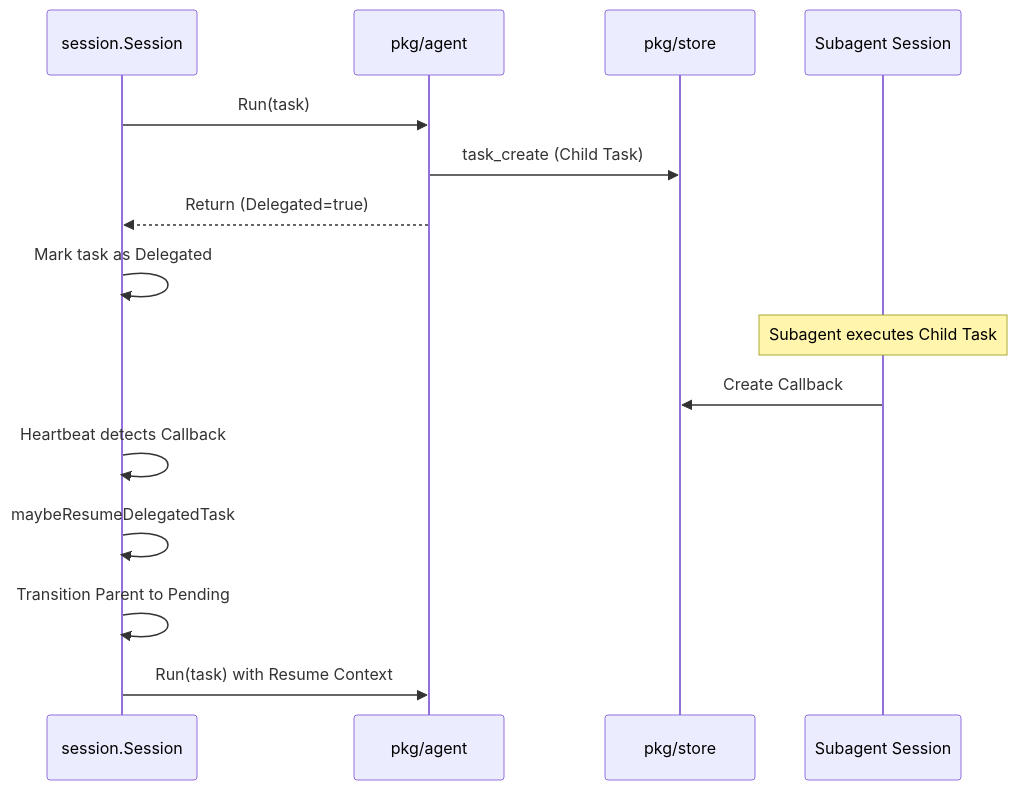
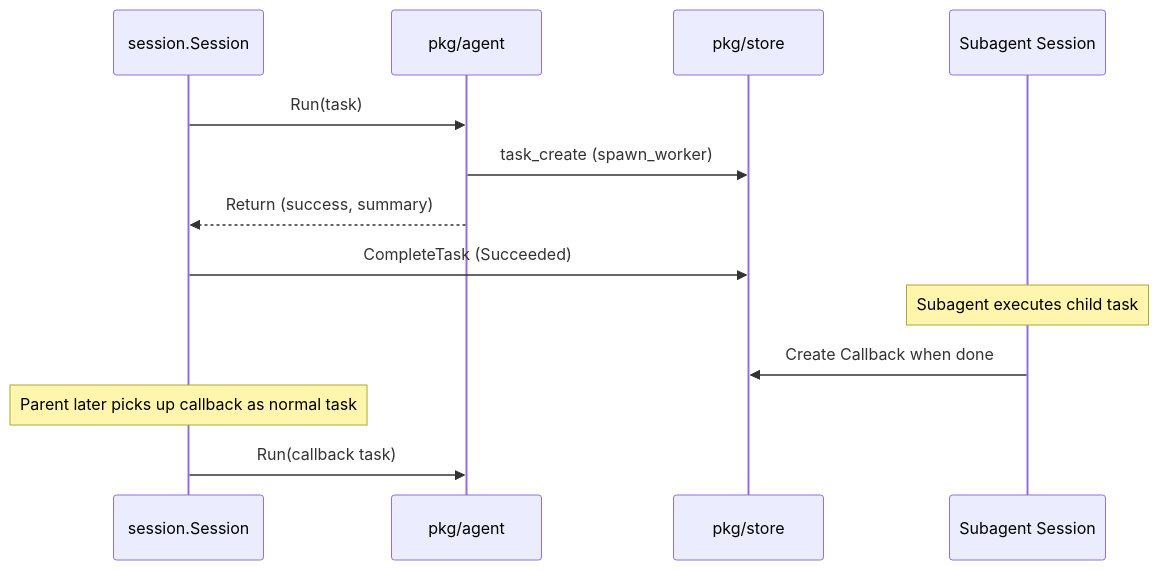
The third of 3 diagrams in workbench-core/docs/architecture/pkg-agent-session.md (tinoosan/agen8), drawn with Mermaid before and after one commit. The commit also changed other lines of this file and 8 other files, not shown here.

Commit message:
refactor: Simplify agent coordination by removing delegation state and enhancing callback processing, allowing immediate task completion upon summarization. Update documentation to reflect changes in task lifecycle and coordination principles.

````diff
--- a/workbench-core/docs/architecture/pkg-agent-session.md
+++ b/workbench-core/docs/architecture/pkg-agent-session.md
@@ -37,20 +42,18 @@
 ```mermaid
 sequenceDiagram
     participant Session as session.Session
     participant Agent as pkg/agent
     participant Store as pkg/store
     participant SubAgent as Subagent Session
 
     Session->>Agent: Run(task)
-    Agent->>Store: task_create (Child Task)
-    Agent-->>Session: Return (Delegated=true)
-    Session->>Session: Mark task as Delegated
-    
-    Note over SubAgent: Subagent executes Child Task
-    SubAgent->>Store: Create Callback
-    
-    Session->>Session: Heartbeat detects Callback
-    Session->>Session: maybeResumeDelegatedTask
-    Session->>Session: Transition Parent to Pending
-    Session->>Agent: Run(task) with Resume Context
+    Agent->>Store: task_create (spawn_worker)
+    Agent-->>Session: Return (success, summary)
+    Session->>Store: CompleteTask (Succeeded)
+
+    Note over SubAgent: Subagent executes child task
+    SubAgent->>Store: Create Callback when done
+
+    Note over Session: Parent later picks up callback as normal task
+    Session->>Agent: Run(callback task)
 ```
````
